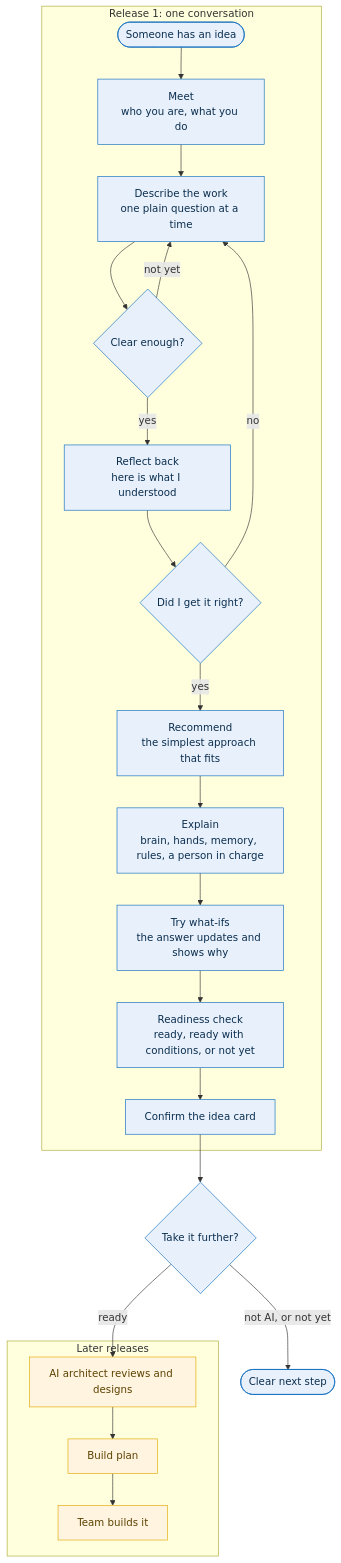
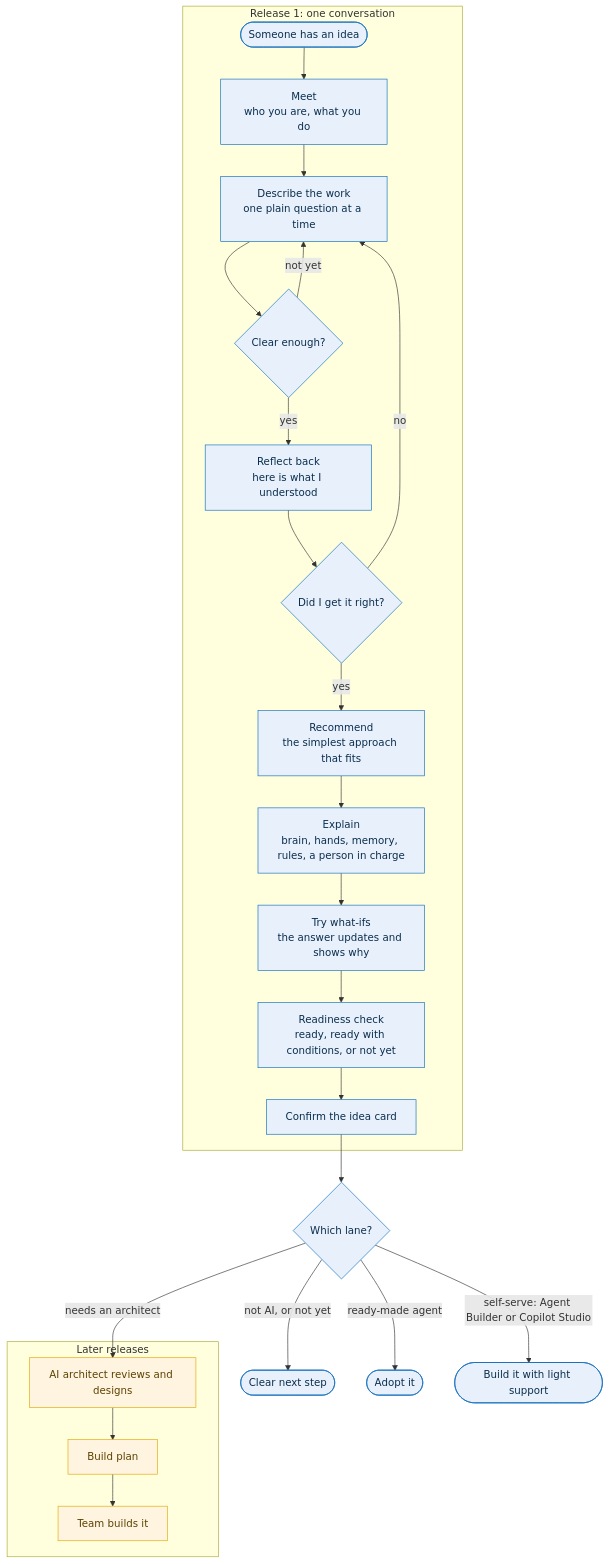
One commit to hamza-roujdami/agent-fit changed the diagram in README.md. Above: the diagram before and after it, drawn with Mermaid. The commit also changed other lines of this file, not shown here.

First line of the commit message:
README: add Microsoft-first lanes and self-serve risk ceiling

````diff
--- a/README.md
+++ b/README.md
@@ -31,28 +31,30 @@
 ```mermaid
 flowchart TD
     subgraph R1["Release 1: one conversation"]
         A(["Someone has an idea"]) --> B["Meet<br/>who you are, what you do"]
         B --> C["Describe the work<br/>one plain question at a time"]
         C --> D{"Clear enough?"}
         D -->|not yet| C
         D -->|yes| E["Reflect back<br/>here is what I understood"]
         E --> F{"Did I get it right?"}
         F -->|no| C
         F -->|yes| G["Recommend<br/>the simplest approach that fits"]
         G --> H["Explain<br/>brain, hands, memory, rules, a person in charge"]
         H --> I["Try what-ifs<br/>the answer updates and shows why"]
         I --> J["Readiness check<br/>ready, ready with conditions, or not yet"]
         J --> K["Confirm the idea card"]
     end
-    K --> L{"Take it further?"}
+    K --> L{"Which lane?"}
     L -->|not AI, or not yet| M(["Clear next step"])
+    L -->|ready-made agent| S(["Adopt it"])
+    L -->|self-serve: Agent Builder or Copilot Studio| T(["Build it with light support"])
     subgraph LATER["Later releases"]
         N["AI architect reviews and designs"] --> O["Build plan"]
         O --> P["Team builds it"]
     end
-    L -->|ready| N
+    L -->|needs an architect| N
     classDef now fill:#e8f1fb,stroke:#0f6cbd,color:#0b2e4f
     classDef later fill:#fff4e0,stroke:#e0a800,color:#5c4200
-    class A,B,C,D,E,F,G,H,I,J,K,L,M now
+    class A,B,C,D,E,F,G,H,I,J,K,L,M,S,T now
     class N,O,P later
 ```
````
